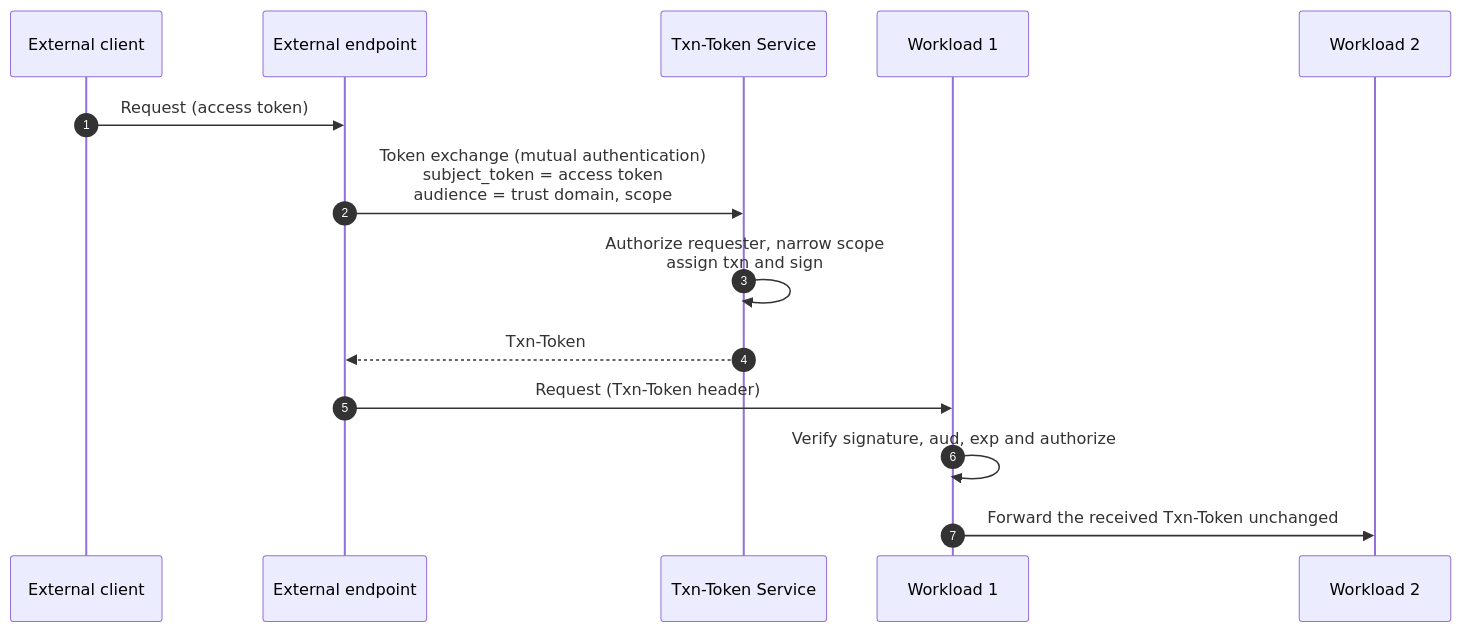
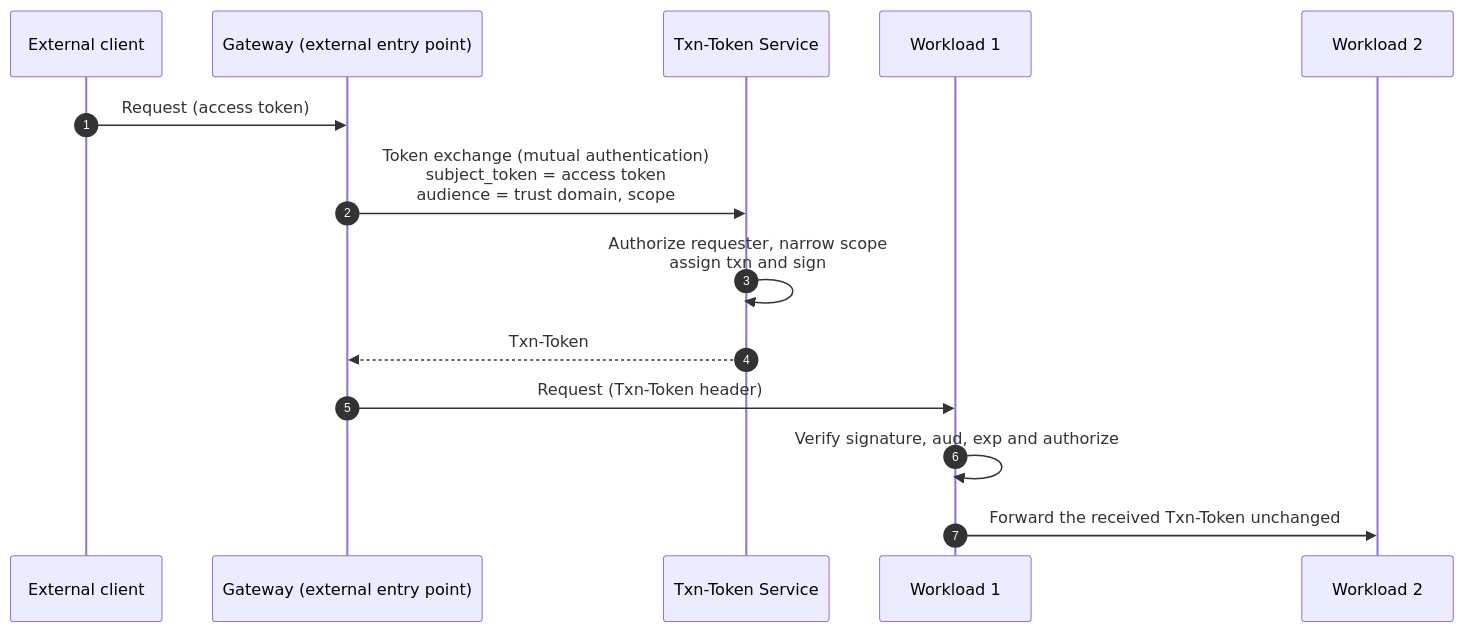
One commit to bmf-san/bmf-tech changed the fourth of 5 diagrams in content/en/posts/workload-identity-wimse-transaction-tokens.md. Above: the diagram before and after it, drawn with Mermaid. The commit also changed other lines of this file and 1 other file, not shown here.

First line of the commit message:
fix: ワークロードアイデンティティの記事の図・指針・まとめを本文と一次資料の条件に合わせる

````diff
--- a/content/en/posts/workload-identity-wimse-transaction-tokens.md
+++ b/content/en/posts/workload-identity-wimse-transaction-tokens.md
@@ -310,16 +312,16 @@
 ```mermaid
 sequenceDiagram
     autonumber
     participant EC as External client
-    participant GW as External endpoint
+    participant GW as Gateway (external entry point)
     participant TTS as Txn-Token Service
     participant W1 as Workload 1
     participant W2 as Workload 2
     EC->>GW: Request (access token)
     GW->>TTS: Token exchange (mutual authentication)<br/>subject_token = access token<br/>audience = trust domain, scope
     TTS->>TTS: Authorize requester, narrow scope<br/>assign txn and sign
     TTS-->>GW: Txn-Token
     GW->>W1: Request (Txn-Token header)
     W1->>W1: Verify signature, aud, exp and authorize
     W1->>W2: Forward the received Txn-Token unchanged
 ```
````
